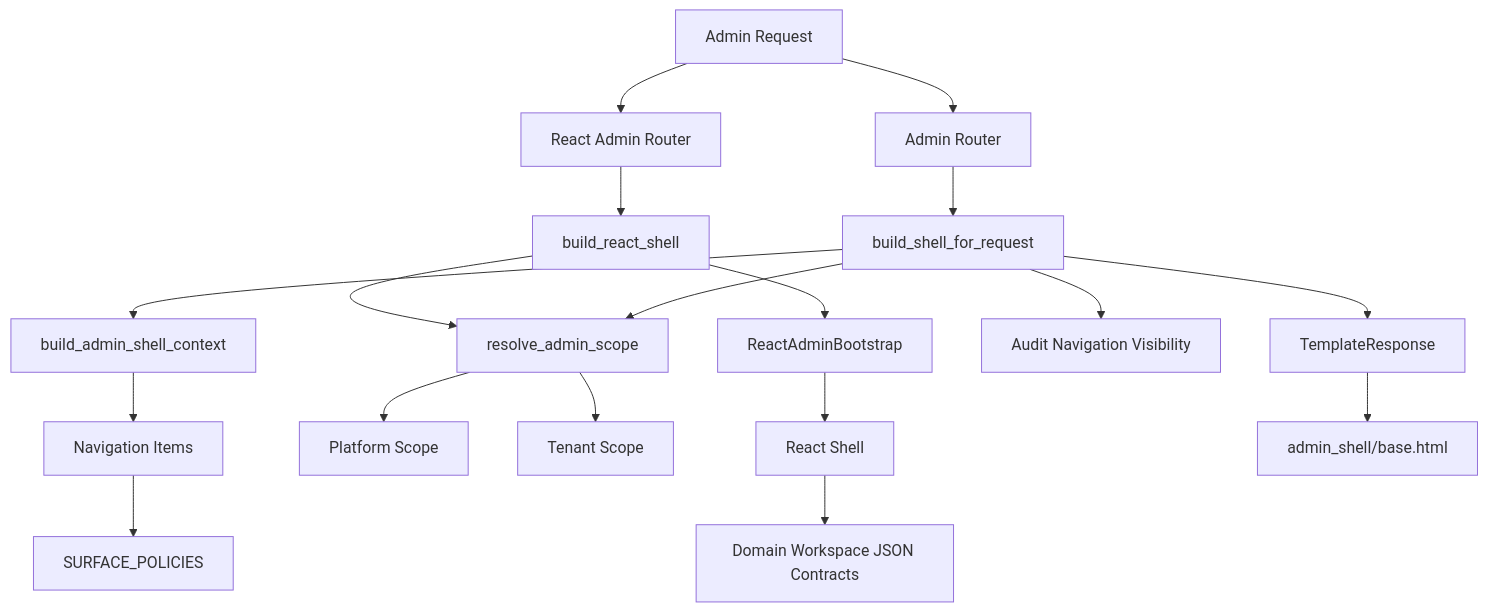
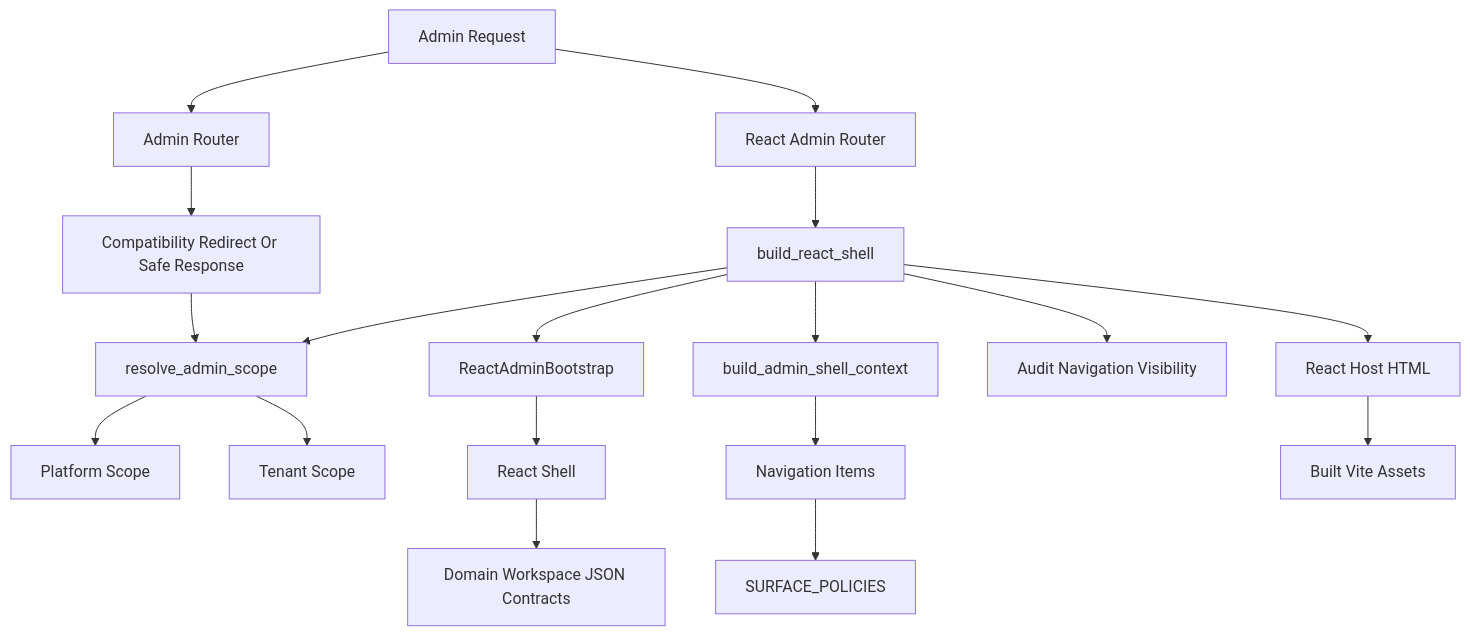
One commit to scott5252/multi-agent changed the fifth of 35 diagrams in system_architecture.md. Above: the diagram before and after it, drawn with Mermaid. The commit also changed other lines of this file and 3 other files, not shown here.

````diff
--- a/system_architecture.md
+++ b/system_architecture.md
@@ -413,20 +427,20 @@
 ```mermaid
 flowchart TD
     f5n1["Admin Request"] --> f5n2["Admin Router"]
     f5n1["Admin Request"] --> f5n13["React Admin Router"]
     f5n13["React Admin Router"] --> f5n14["build_react_shell"]
     f5n14["build_react_shell"] --> f5n4["resolve_admin_scope"]
     f5n14["build_react_shell"] --> f5n15["ReactAdminBootstrap"]
     f5n15["ReactAdminBootstrap"] --> f5n16["React Shell"]
     f5n16["React Shell"] --> f5n17["Domain Workspace JSON Contracts"]
-    f5n2["Admin Router"] --> f5n3["build_shell_for_request"]
-    f5n3["build_shell_for_request"] --> f5n4["resolve_admin_scope"]
+    f5n2["Admin Router"] --> f5n3["Compatibility Redirect Or Safe Response"]
+    f5n3["Compatibility Redirect Or Safe Response"] --> f5n4["resolve_admin_scope"]
     f5n4["resolve_admin_scope"] --> f5n5["Platform Scope"]
     f5n4["resolve_admin_scope"] --> f5n6["Tenant Scope"]
-    f5n3["build_shell_for_request"] --> f5n7["build_admin_shell_context"]
+    f5n14["build_react_shell"] --> f5n7["build_admin_shell_context"]
     f5n7["build_admin_shell_context"] --> f5n8["Navigation Items"]
     f5n8["Navigation Items"] --> f5n9["SURFACE_POLICIES"]
-    f5n3["build_shell_for_request"] --> f5n10["Audit Navigation Visibility"]
-    f5n3["build_shell_for_request"] --> f5n11["TemplateResponse"]
-    f5n11["TemplateResponse"] --> f5n12["admin_shell/base.html"]
+    f5n14["build_react_shell"] --> f5n10["Audit Navigation Visibility"]
+    f5n14["build_react_shell"] --> f5n11["React Host HTML"]
+    f5n11["React Host HTML"] --> f5n12["Built Vite Assets"]
 ```
````
